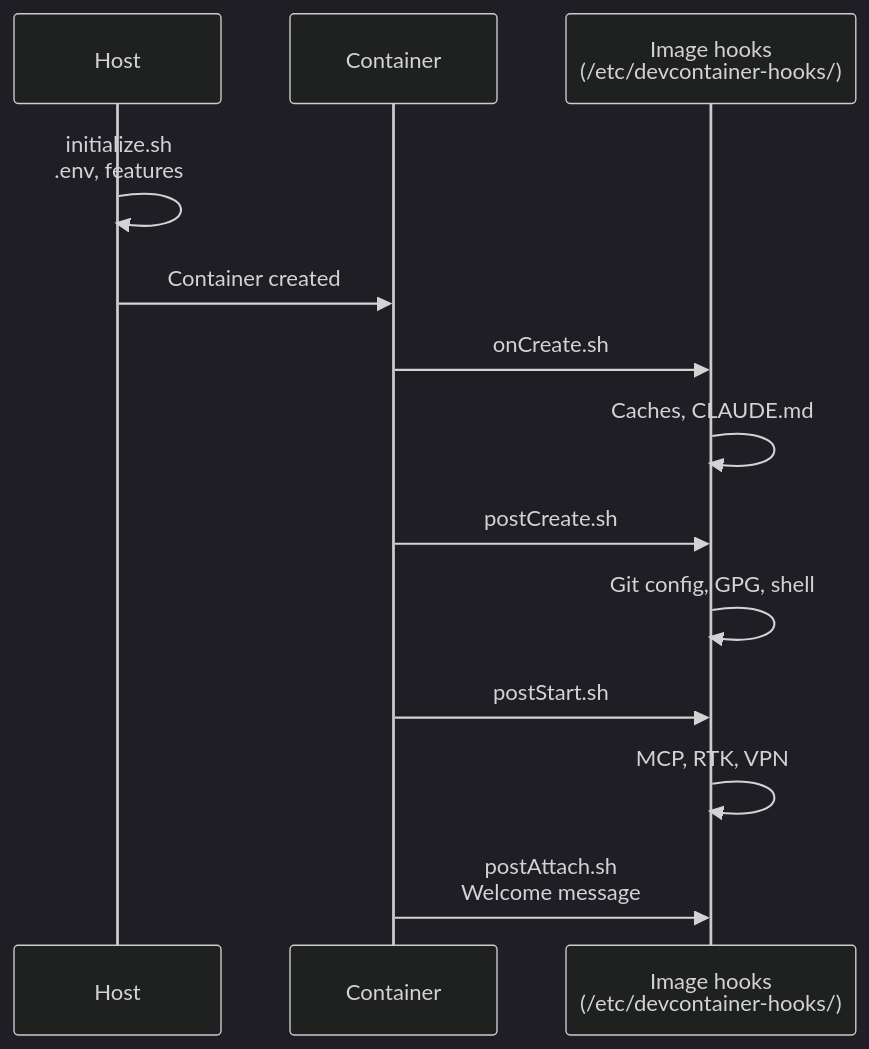
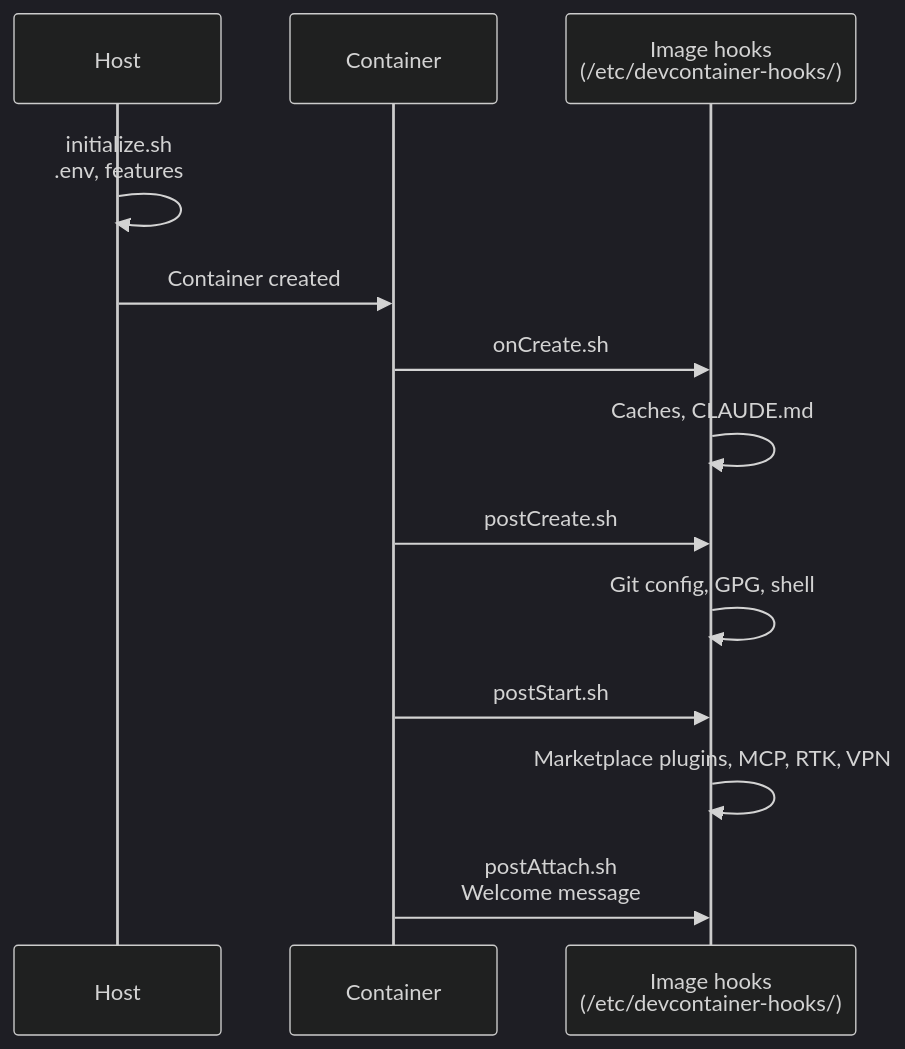
Before and after one commit to kodflow/devcontainer-template: the diagram in docs/automation/README.md, drawn with Mermaid. The commit also changed other lines of this file and 305 other files, not shown here.

````diff
--- a/docs/automation/README.md
+++ b/docs/automation/README.md
@@ -43,23 +27,23 @@
 ```mermaid
 %%{init: {'theme': 'dark', 'themeVariables': {
   'primaryColor': '#9D76FB1a',
   'primaryBorderColor': '#9D76FB',
   'primaryTextColor': '#d4d8e0',
   'lineColor': '#d4d8e0',
   'textColor': '#d4d8e0'
 }}}%%
 sequenceDiagram
     participant H as Host
     participant C as Container
     participant I as Image hooks<br/>(/etc/devcontainer-hooks/)
 
     H->>H: initialize.sh<br/>.env, features
     H->>C: Container created
     C->>I: onCreate.sh
     I->>I: Caches, CLAUDE.md
     C->>I: postCreate.sh
     I->>I: Git config, GPG, shell
     C->>I: postStart.sh
-    I->>I: MCP, RTK, VPN
+    I->>I: Marketplace plugins, MCP, RTK, VPN
     C->>I: postAttach.sh<br/>Welcome message
 ```
````
